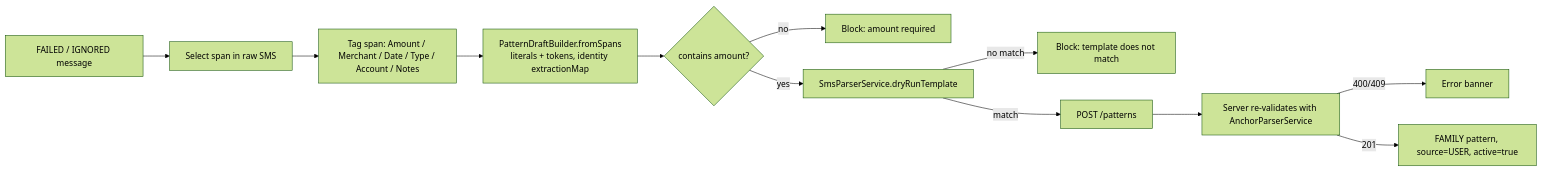
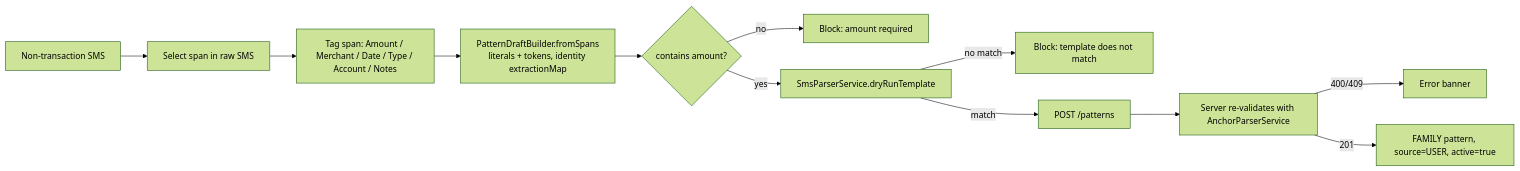
The eighth of 9 diagrams in design.md (jayy2kok/budgetly), drawn with Mermaid (forest theme) before and after one commit. The commit also changed other lines of this file and 4 other files, not shown here.

````diff
--- a/design.md
+++ b/design.md
@@ -169,14 +245,14 @@
 ```mermaid
 flowchart LR
-    A[FAILED / IGNORED message] --> B[Select span in raw SMS]
+    A[Non-transaction SMS] --> B[Select span in raw SMS]
     B --> C[Tag span: Amount / Merchant / Date / Type / Account / Notes]
     C --> D[PatternDraftBuilder.fromSpans<br/>literals + tokens, identity extractionMap]
     D --> E{contains amount?}
     E -- no --> X[Block: amount required]
     E -- yes --> F[SmsParserService.dryRunTemplate]
     F -->|no match| X2[Block: template does not match]
     F -->|match| G[POST /patterns]
     G --> H[Server re-validates with AnchorParserService]
     H -->|400/409| X3[Error banner]
     H -->|201| I[FAMILY pattern, source=USER, active=true]
 ```
````
